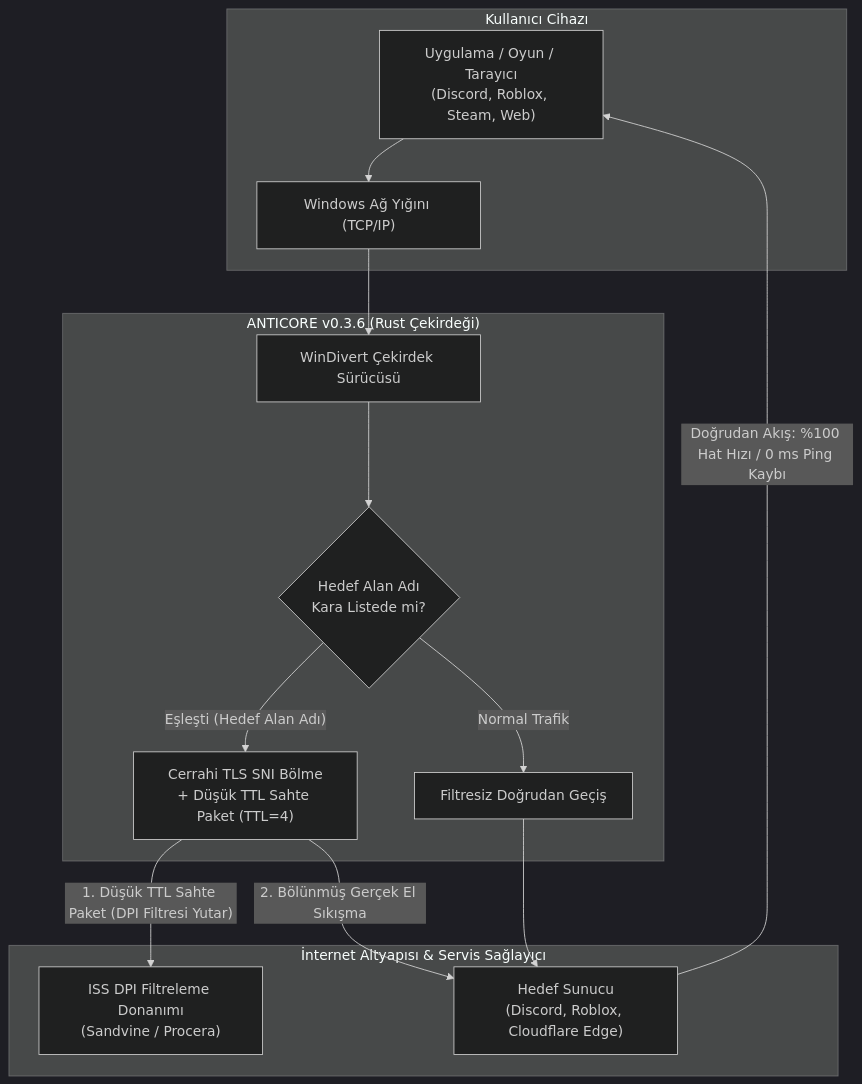
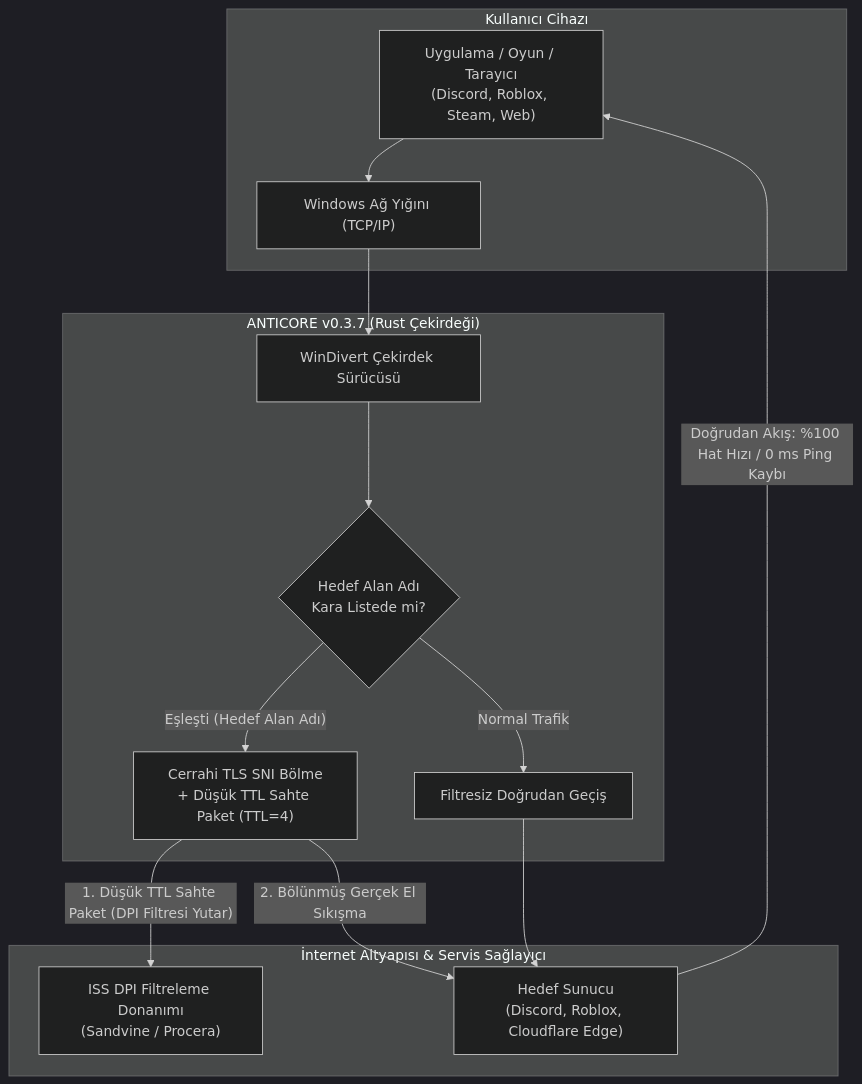
One commit to MonarchDevLab/Anticore changed the diagram in README.md. Above: the diagram before and after it, drawn with Mermaid (dark theme). The commit also changed other lines of this file and 18 other files, not shown here.

````diff
--- a/README.md
+++ b/README.md
@@ -483,29 +483,29 @@
 ```mermaid
 flowchart TD
     subgraph Client["Kullanıcı Cihazı"]
         App["Uygulama / Oyun / Tarayıcı\n(Discord, Roblox, Steam, Web)"]
         TCPIP["Windows Ağ Yığını (TCP/IP)"]
     end
 
-    subgraph AnticoreEngine["ANTICORE v0.3.6 (Rust Çekirdeği)"]
+    subgraph AnticoreEngine["ANTICORE v0.3.7 (Rust Çekirdeği)"]
         WD["WinDivert Çekirdek Sürücüsü"]
         Check{"Hedef Alan Adı\nKara Listede mi?"}
         Manip["Cerrahi TLS SNI Bölme\n+ Düşük TTL Sahte Paket (TTL=4)"]
         Bypass["Filtresiz Doğrudan Geçiş"]
     end
 
     subgraph Net["İnternet Altyapısı & Servis Sağlayıcı"]
         ISP["ISS DPI Filtreleme Donanımı\n(Sandvine / Procera)"]
         Target["Hedef Sunucu\n(Discord, Roblox, Cloudflare Edge)"]
     end
 
     App --> TCPIP
     TCPIP --> WD
     WD --> Check
     Check -- "Eşleşti (Hedef Alan Adı)" --> Manip
     Check -- "Normal Trafik" --> Bypass
     Manip -- "1. Düşük TTL Sahte Paket (DPI Filtresi Yutar)" --> ISP
     Manip -- "2. Bölünmüş Gerçek El Sıkışma" --> Target
     Bypass --> Target
     Target -->|"Doğrudan Akış: %100 Hat Hızı / 0 ms Ping Kaybı"| App
 ```
````
